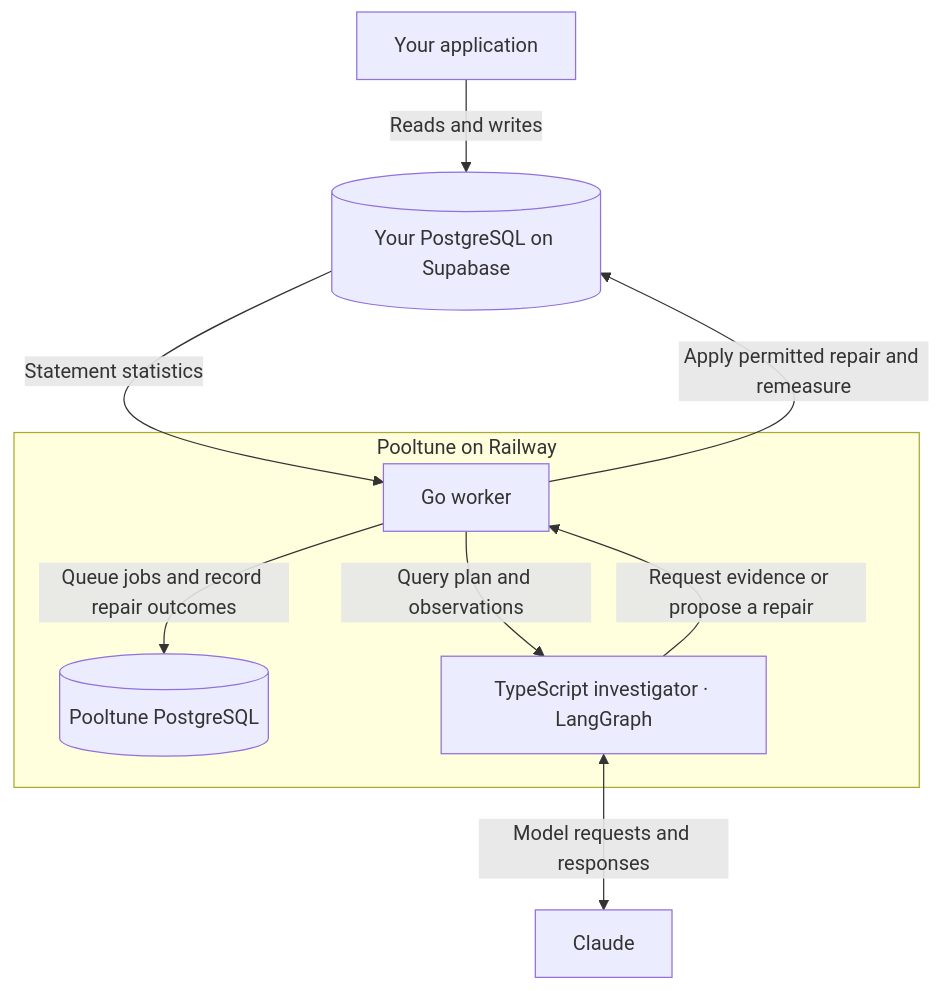
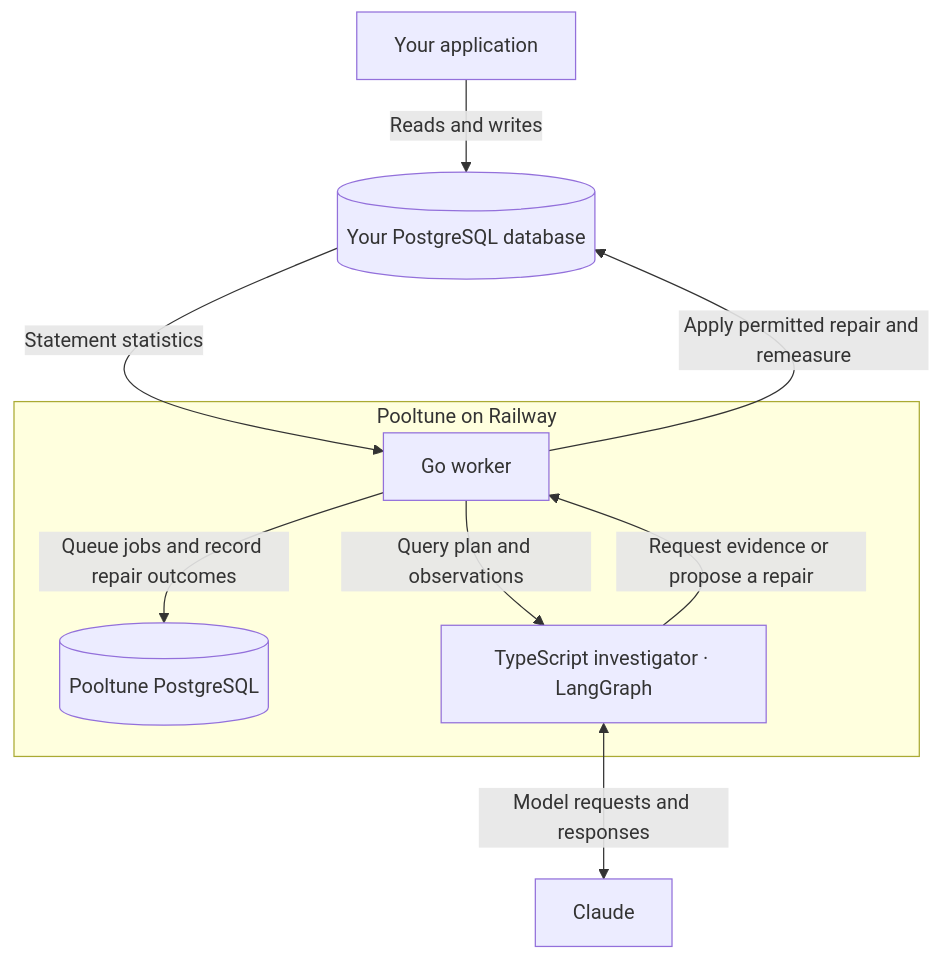
The diagram in README.md (jyshum/pooltune), drawn with Mermaid before and after one commit. The commit also changed other lines of this file, not shown here.

Commit message:
Clarify PostgreSQL support and outline the database roadmap

````diff
--- a/README.md
+++ b/README.md
@@ -53,19 +55,19 @@
 ```mermaid
 flowchart TB
     accTitle: Pooltune system architecture
-    accDescr: The application queries Supabase directly. In the background, Go samples PostgreSQL statistics and asks a LangGraph investigator to diagnose repeated expensive work. Go checks permissions, applies eligible repairs, and records the measured outcome.
-    app["Your application"] -->|Reads and writes| db[("Your PostgreSQL on Supabase")]
+    accDescr: The application queries its PostgreSQL database directly. In the background, Go samples PostgreSQL statistics and asks a LangGraph investigator to diagnose repeated expensive work. Go checks permissions, applies eligible repairs, and records the measured outcome.
+    app["Your application"] -->|Reads and writes| db[("Your PostgreSQL database")]
     db -->|Statement statistics| worker
     worker -->|Apply permitted repair and remeasure| db
 
     subgraph hosted["Pooltune on Railway"]
         worker["Go worker"]
         state[("Pooltune PostgreSQL")]
         investigator["TypeScript investigator · LangGraph"]
         worker -->|Queue jobs and record repair outcomes| state
         worker -->|Query plan and observations| investigator
         investigator -->|Request evidence or propose a repair| worker
     end
 
     investigator <-->|Model requests and responses| claude["Claude"]
 ```
````
